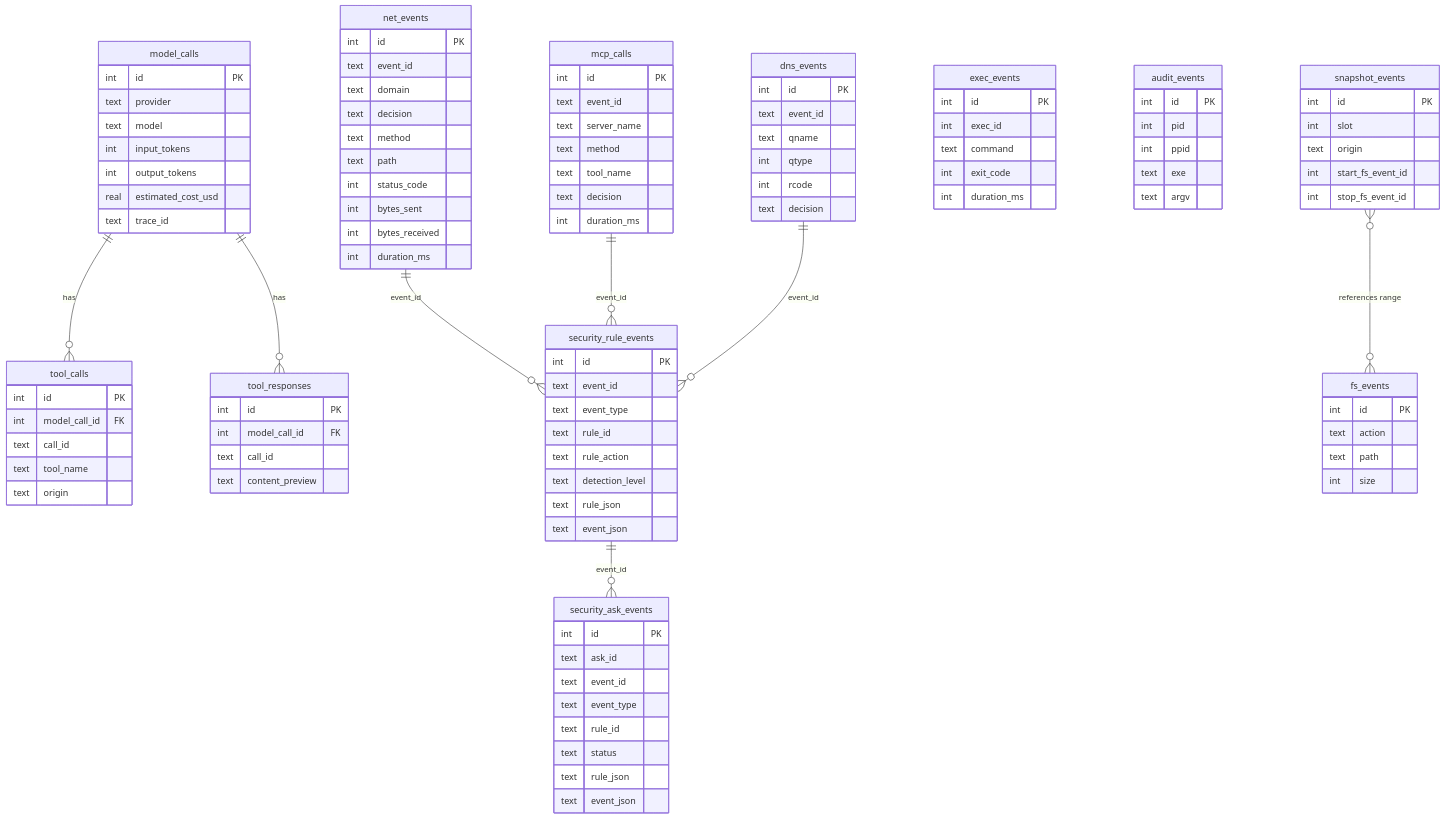
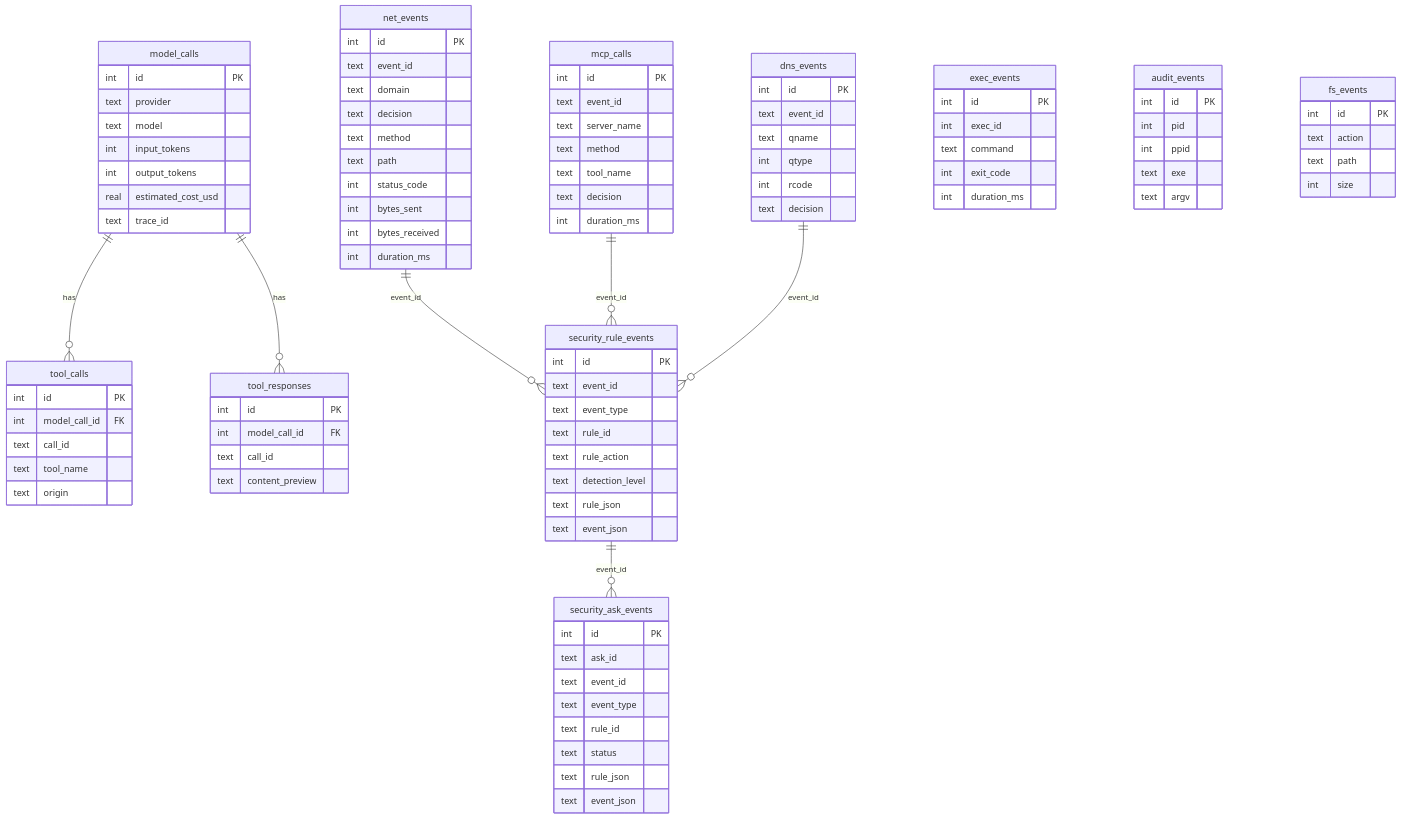
The first of 3 diagrams in docs/src/content/docs/architecture/session-telemetry.md (google/capsem), drawn with Mermaid before and after one commit. The commit also changed other lines of this file and 30 other files, not shown here.

```diff
--- a/docs/src/content/docs/architecture/session-telemetry.md
+++ b/docs/src/content/docs/architecture/session-telemetry.md
@@ -102,17 +102,8 @@
         text path
         int size
     }
-    snapshot_events {
-        int id PK
-        int slot
-        text origin
-        int start_fs_event_id
-        int stop_fs_event_id
-    }
-
     model_calls ||--o{ tool_calls : "has"
     model_calls ||--o{ tool_responses : "has"
-    snapshot_events }o--o{ fs_events : "references range"
     net_events ||--o{ security_rule_events : "event_id"
     mcp_calls ||--o{ security_rule_events : "event_id"
     dns_events ||--o{ security_rule_events : "event_id"
```
